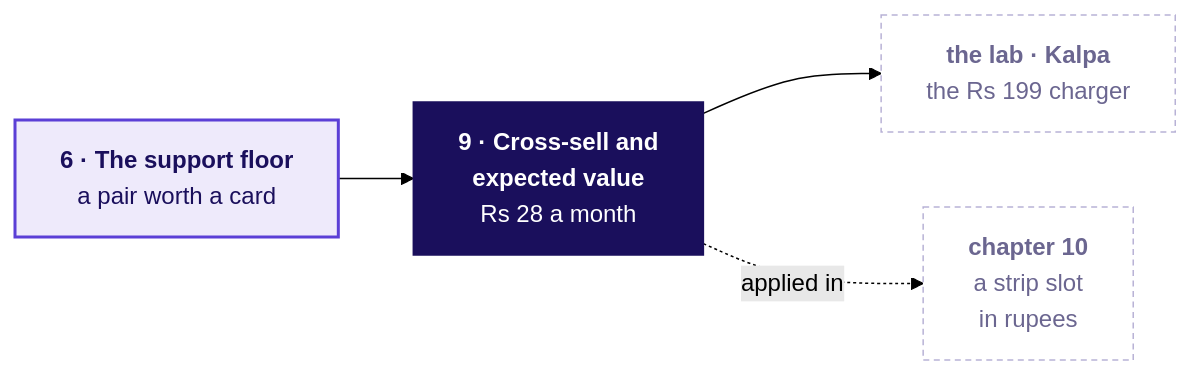
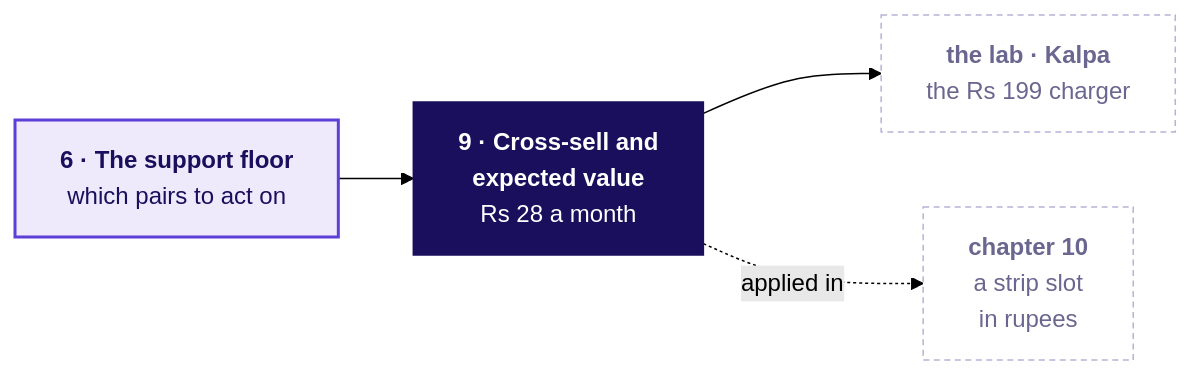
Before and after one commit to fde-academy-lab/c2-content-factory: the first of 2 diagrams in content/W04/D3/slides/C2_W04_D03_half2_STUDENT.md, drawn with Mermaid (forest theme). The commit also changed other lines of this file and 3 other files, not shown here.

````diff
--- a/content/W04/D3/slides/C2_W04_D03_half2_STUDENT.md
+++ b/content/W04/D3/slides/C2_W04_D03_half2_STUDENT.md
@@ -130,12 +133,12 @@
 ```mermaid
 flowchart LR
-    P["<b>6 · The support floor</b><br/>a pair worth a card"] --> N["<b>9 · Cross-sell and<br/>expected value</b><br/>Rs 28 a month"]
+    P["<b>6 · The support floor</b><br/>which pairs to act on"] --> N["<b>9 · Cross-sell and<br/>expected value</b><br/>Rs 28 a month"]
     N --> X["<b>the lab · Kalpa</b><br/>the Rs 199 charger"]
     N -.->|applied in| C["<b>chapter 10</b><br/>a strip slot<br/>in rupees"]
     classDef lit fill:#1A0F5C,stroke:#1A0F5C,color:#FFFFFF
     classDef known fill:#EEEAFB,stroke:#5B3FD6,color:#1A0F5C,stroke-width:2px
     classDef unknown fill:#FFFFFF,stroke:#B8B2D6,color:#6B6690,stroke-dasharray:4 3
     class P known
     class N lit
     class X,C unknown
 ```
````
